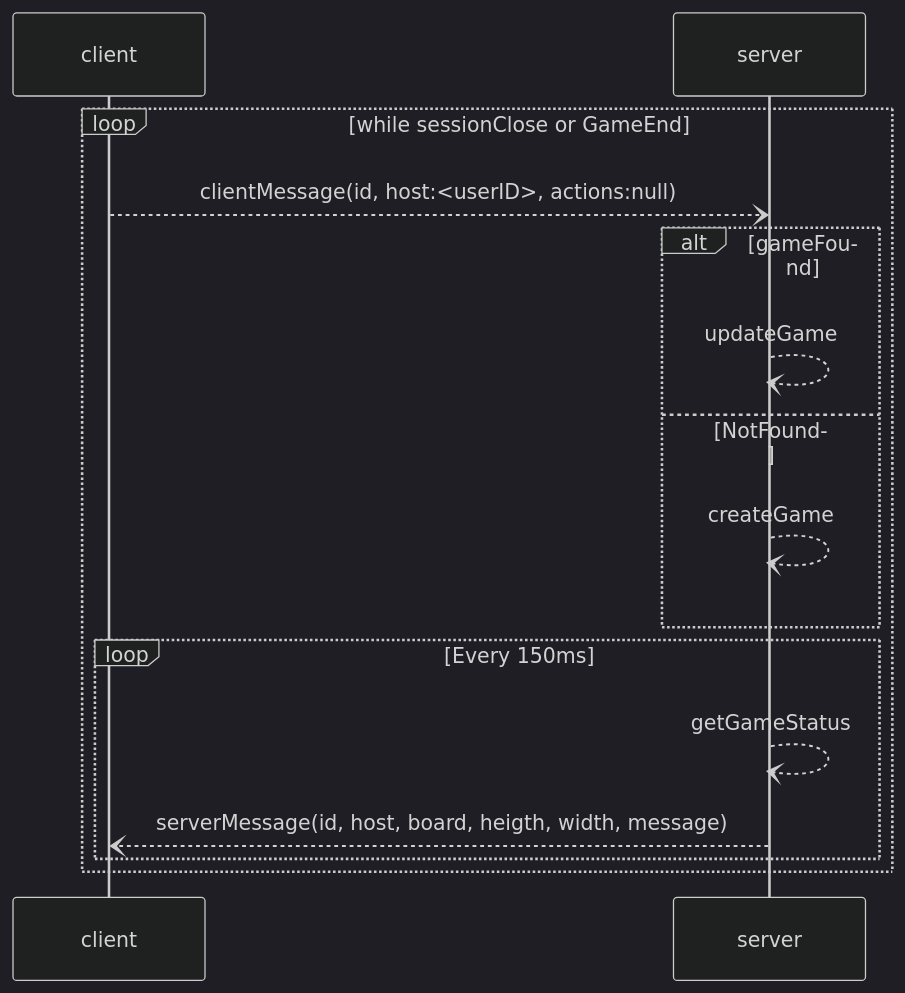
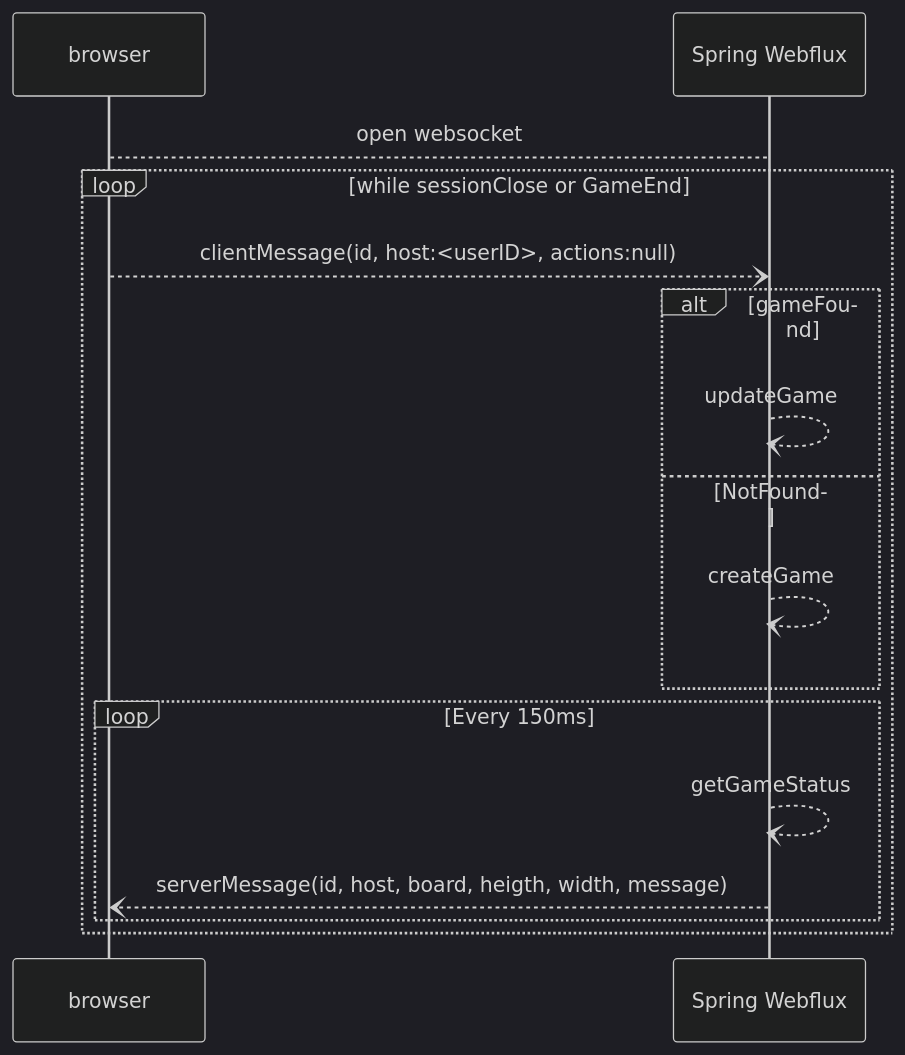
The diagram in README.md (SPSilicon/minesweeper), drawn with Mermaid (dark theme) before and after one commit. The commit also changed other lines of this file, not shown here.

````diff
--- a/README.md
+++ b/README.md
@@ -1,16 +15,16 @@
 ```mermaid
 sequenceDiagram
-
+    browser-->Spring Webflux: open websocket
     loop while sessionClose or GameEnd
-        client--)server: clientMessage(id, host:<userID>, actions:null)
+        browser--)Spring Webflux: clientMessage(id, host:<userID>, actions:null)
         alt gameFound
-            server--)server: updateGame
+            Spring Webflux--)Spring Webflux: updateGame
         else NotFound
-            server--)server:createGame
+            Spring Webflux--)Spring Webflux:createGame
         end
         loop Every 150ms
-            server--)server:getGameStatus
-            server--)client: serverMessage(id, host, board, heigth, width, message)
+            Spring Webflux--)Spring Webflux:getGameStatus
+            Spring Webflux--)browser: serverMessage(id, host, board, heigth, width, message)
         end
     end
 ```
````
